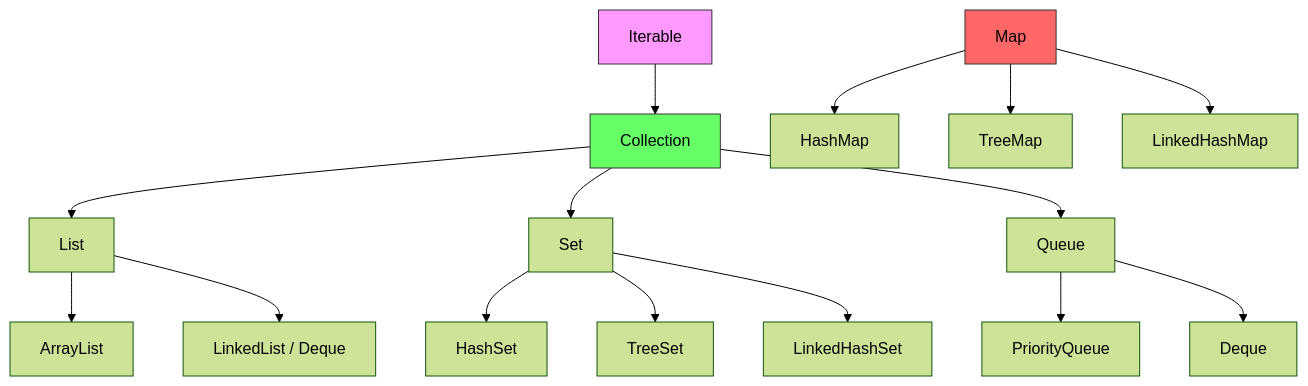
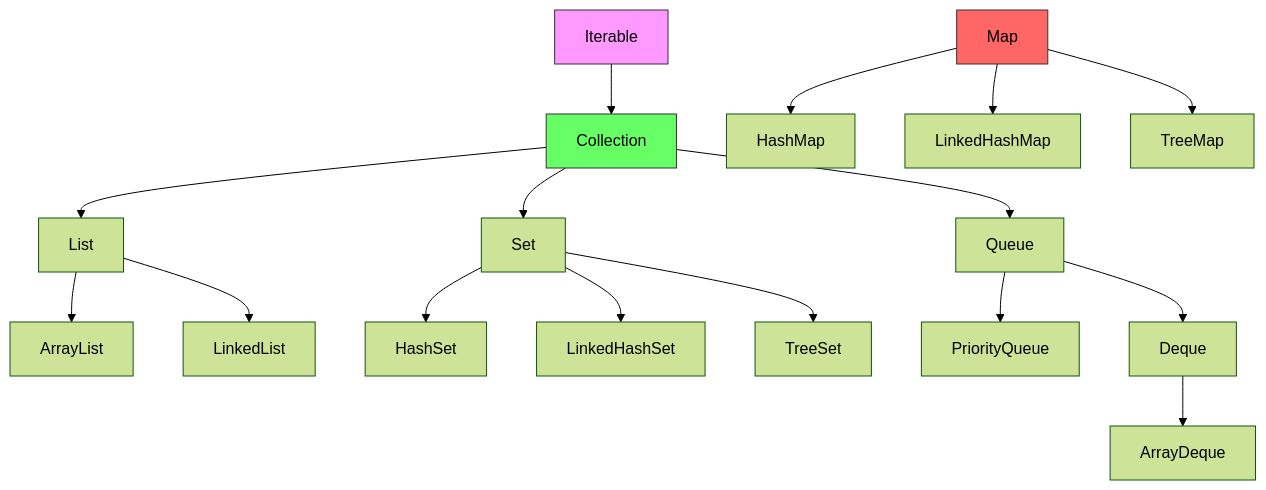
The diagram in Java/03_collections.md (newelectronicuser/study_CS), drawn with Mermaid (forest theme) before and after one commit. The commit also changed other lines of this file and 5 other files, not shown here.

````diff
--- a/Java/03_collections.md
+++ b/Java/03_collections.md
@@ -15,21 +12,22 @@
 ```mermaid
 graph TD
     Iterable --> Collection
     Collection --> List
     Collection --> Set
     Collection --> Queue
     List --> ArrayList
-    List --> LinkedList[LinkedList / Deque]
+    List --> LinkedList
     Set --> HashSet
+    Set --> LinkedHashSet
     Set --> TreeSet
-    Set --> LinkedHashSet
     Queue --> PriorityQueue
     Queue --> Deque
+    Deque --> ArrayDeque
     Map --> HashMap
+    Map --> LinkedHashMap
     Map --> TreeMap
-    Map --> LinkedHashMap
-    
+
     style Iterable fill:#f9f,stroke:#333
     style Collection fill:#6f6,stroke:#333
     style Map fill:#f66,stroke:#333
 ```
````
